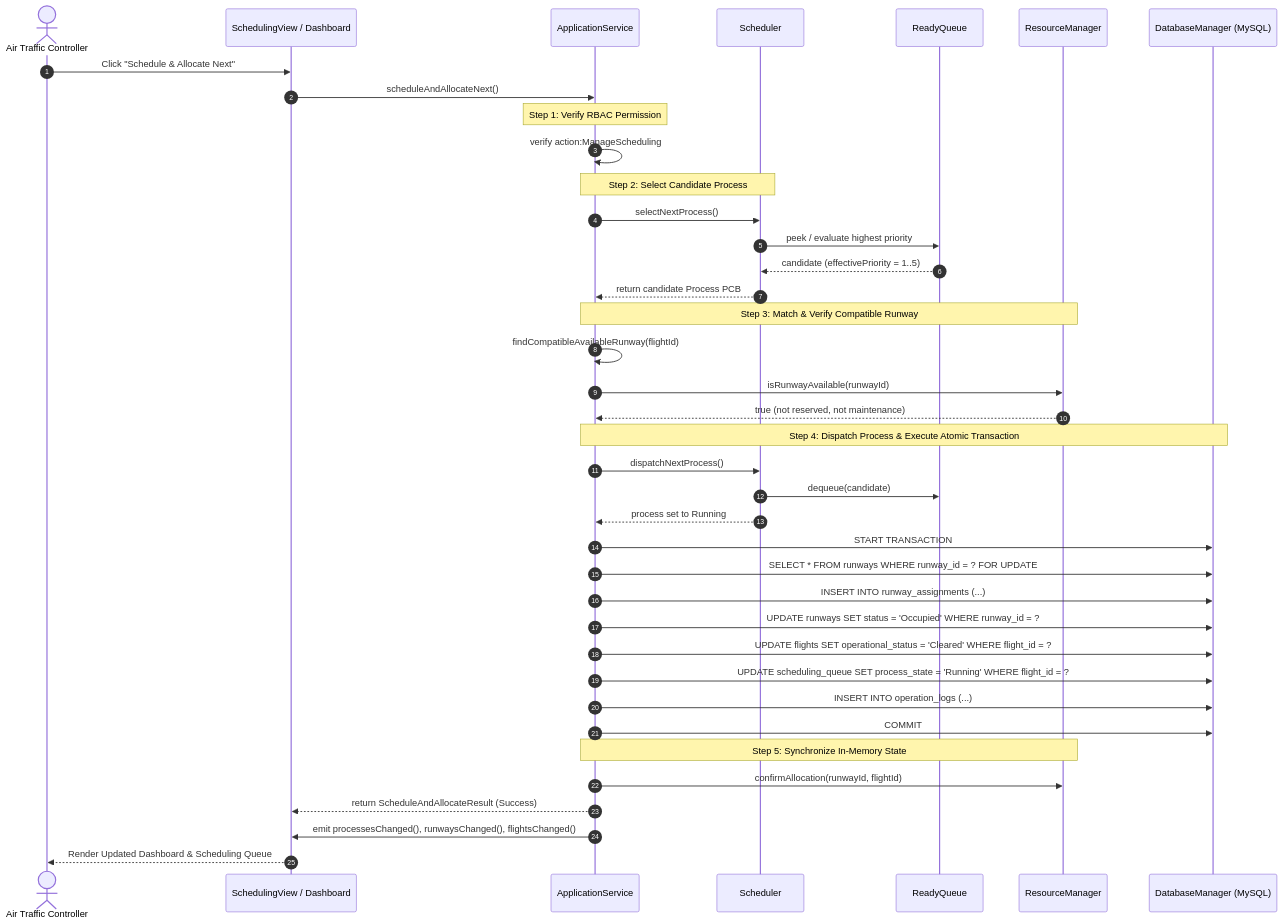
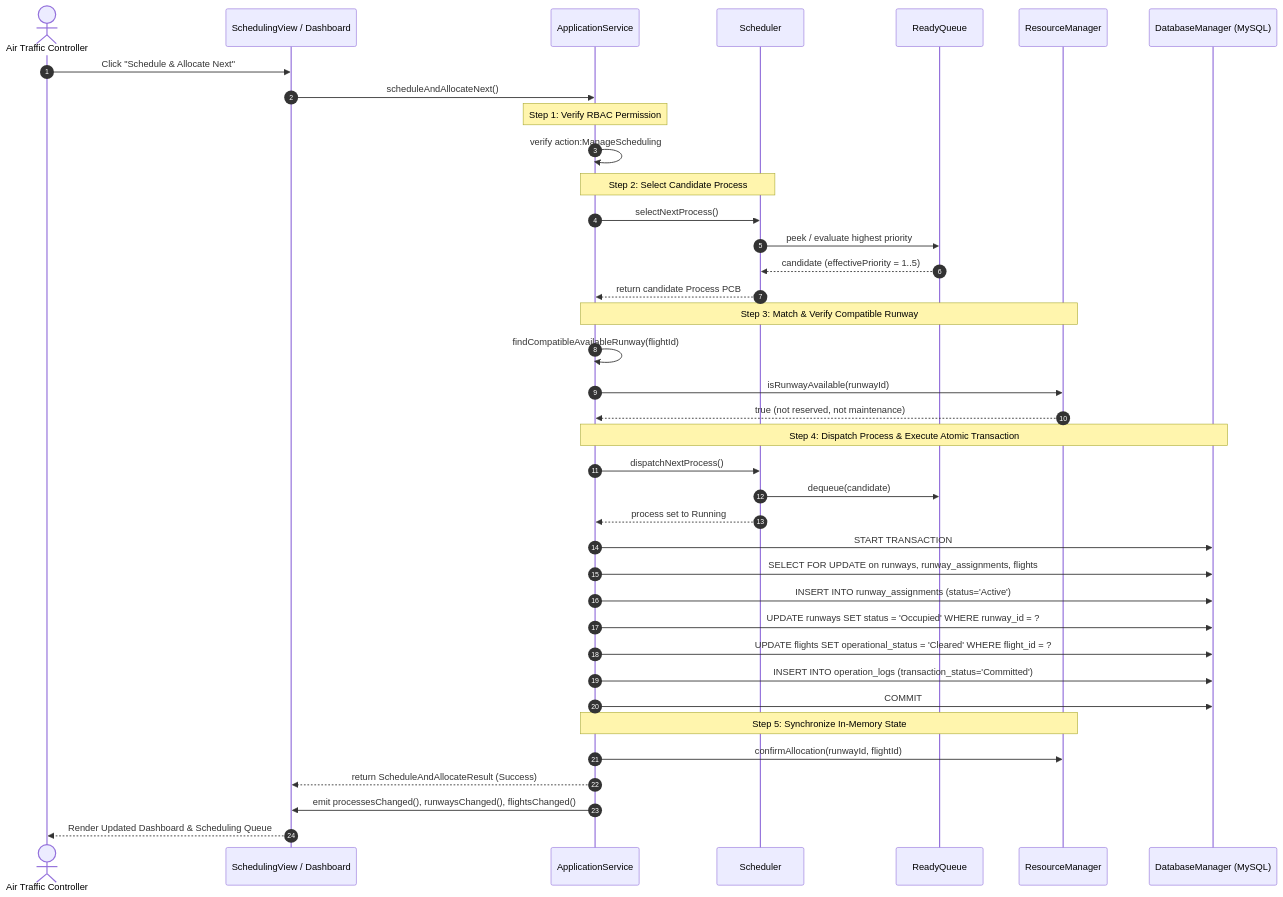
One commit to DhruvPathak12/Airport-Runway-Manager-Resource-Allocation changed the second of 2 diagrams in docs/SYSTEM_ARCHITECTURE.md. Above: the diagram before and after it, drawn with Mermaid. The commit also changed 23 other files, not shown here.

Commit message:
docs: correct scheduler and architecture documentation

````diff
--- a/docs/SYSTEM_ARCHITECTURE.md
+++ b/docs/SYSTEM_ARCHITECTURE.md
@@ -116,49 +116,48 @@
 ```mermaid
 sequenceDiagram
     autonumber
     actor ATC as Air Traffic Controller
     participant GUI as SchedulingView / Dashboard
     participant AppSvc as ApplicationService
     participant Sched as Scheduler
     participant RQ as ReadyQueue
     participant RM as ResourceManager
     participant DB as DatabaseManager (MySQL)
 
     ATC->>GUI: Click "Schedule & Allocate Next"
     GUI->>AppSvc: scheduleAndAllocateNext()
     
     Note over AppSvc: Step 1: Verify RBAC Permission
     AppSvc->>AppSvc: verify action:ManageScheduling
     
     Note over AppSvc,Sched: Step 2: Select Candidate Process
     AppSvc->>Sched: selectNextProcess()
     Sched->>RQ: peek / evaluate highest priority
     RQ-->>Sched: candidate (effectivePriority = 1..5)
     Sched-->>AppSvc: return candidate Process PCB
 
     Note over AppSvc,RM: Step 3: Match & Verify Compatible Runway
     AppSvc->>AppSvc: findCompatibleAvailableRunway(flightId)
     AppSvc->>RM: isRunwayAvailable(runwayId)
     RM-->>AppSvc: true (not reserved, not maintenance)
 
     Note over AppSvc,DB: Step 4: Dispatch Process & Execute Atomic Transaction
     AppSvc->>Sched: dispatchNextProcess()
     Sched->>RQ: dequeue(candidate)
     Sched-->>AppSvc: process set to Running
 
     AppSvc->>DB: START TRANSACTION
-    AppSvc->>DB: SELECT * FROM runways WHERE runway_id = ? FOR UPDATE
-    AppSvc->>DB: INSERT INTO runway_assignments (...)
+    AppSvc->>DB: SELECT FOR UPDATE on runways, runway_assignments, flights
+    AppSvc->>DB: INSERT INTO runway_assignments (status='Active')
     AppSvc->>DB: UPDATE runways SET status = 'Occupied' WHERE runway_id = ?
     AppSvc->>DB: UPDATE flights SET operational_status = 'Cleared' WHERE flight_id = ?
-    AppSvc->>DB: UPDATE scheduling_queue SET process_state = 'Running' WHERE flight_id = ?
-    AppSvc->>DB: INSERT INTO operation_logs (...)
+    AppSvc->>DB: INSERT INTO operation_logs (transaction_status='Committed')
     AppSvc->>DB: COMMIT
 
     Note over AppSvc,RM: Step 5: Synchronize In-Memory State
     AppSvc->>RM: confirmAllocation(runwayId, flightId)
     
     AppSvc-->>GUI: return ScheduleAndAllocateResult (Success)
     AppSvc->>GUI: emit processesChanged(), runwaysChanged(), flightsChanged()
     GUI-->>ATC: Render Updated Dashboard & Scheduling Queue
 ```
````
